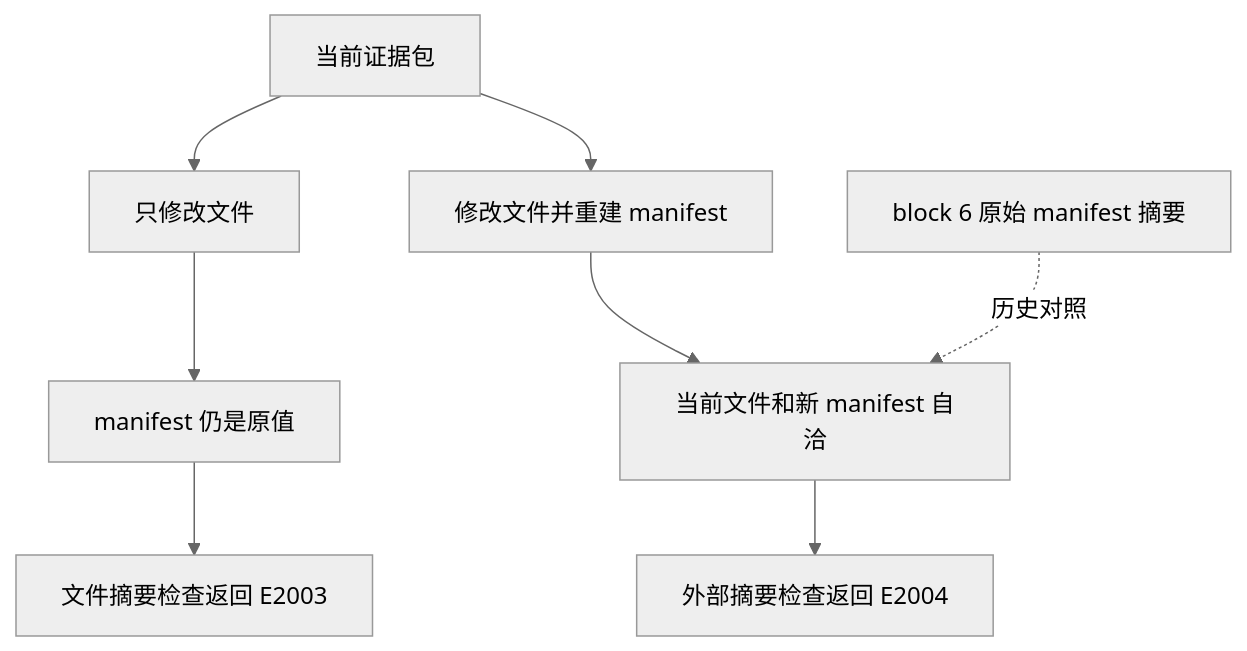
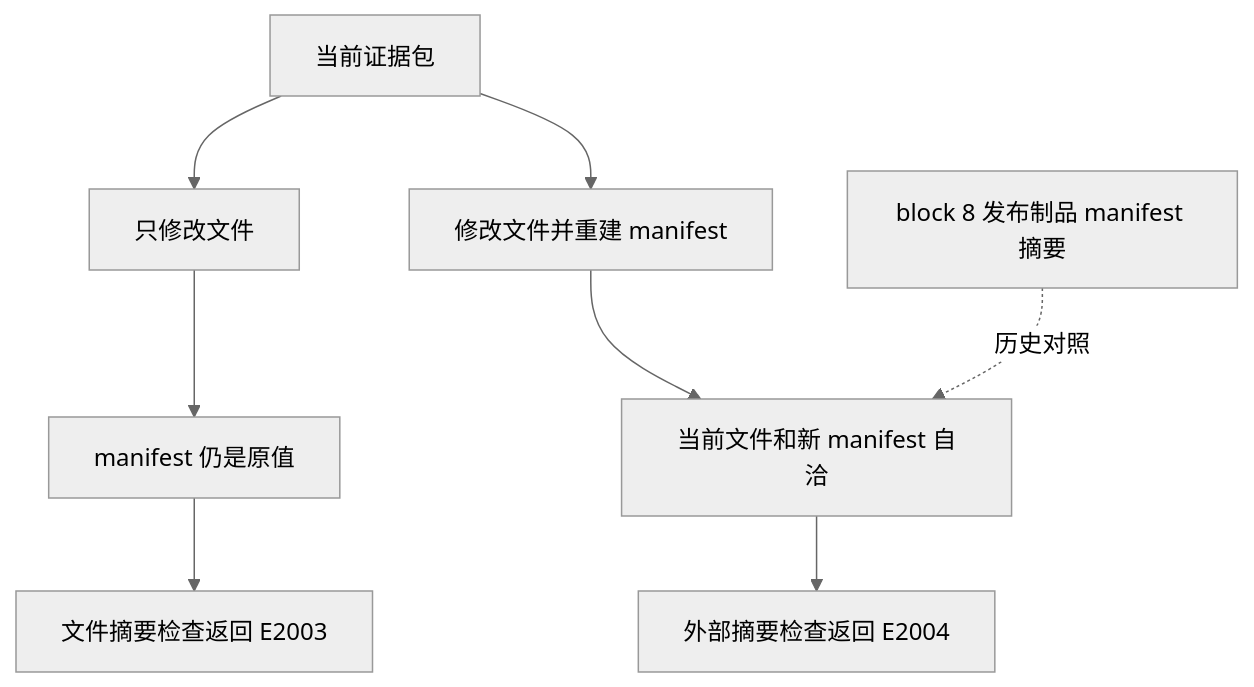
One commit to wenlittle/MoonEvidence changed the fourth of 5 diagrams in docs/report/DEVELOPMENT_REPORT.md. Above: the diagram before and after it, drawn with Mermaid. The commit also changed other lines of this file and 19 other files, not shown here.

````diff
--- a/docs/report/DEVELOPMENT_REPORT.md
+++ b/docs/report/DEVELOPMENT_REPORT.md
@@ -263,13 +264,13 @@
 ```mermaid
 %%{init: {"theme": "neutral"}}%%
 flowchart TB
-    A["block 6 原始 manifest 摘要"]
+    A["block 8 发布制品 manifest 摘要"]
     B["当前证据包"]
     B --> C["只修改文件"]
     C --> D["manifest 仍是原值"]
     D --> E["文件摘要检查返回 E2003"]
     B --> F["修改文件并重建 manifest"]
     F --> G["当前文件和新 manifest 自洽"]
     A -.历史对照.-> G
     G --> H["外部摘要检查返回 E2004"]
 ```
````
